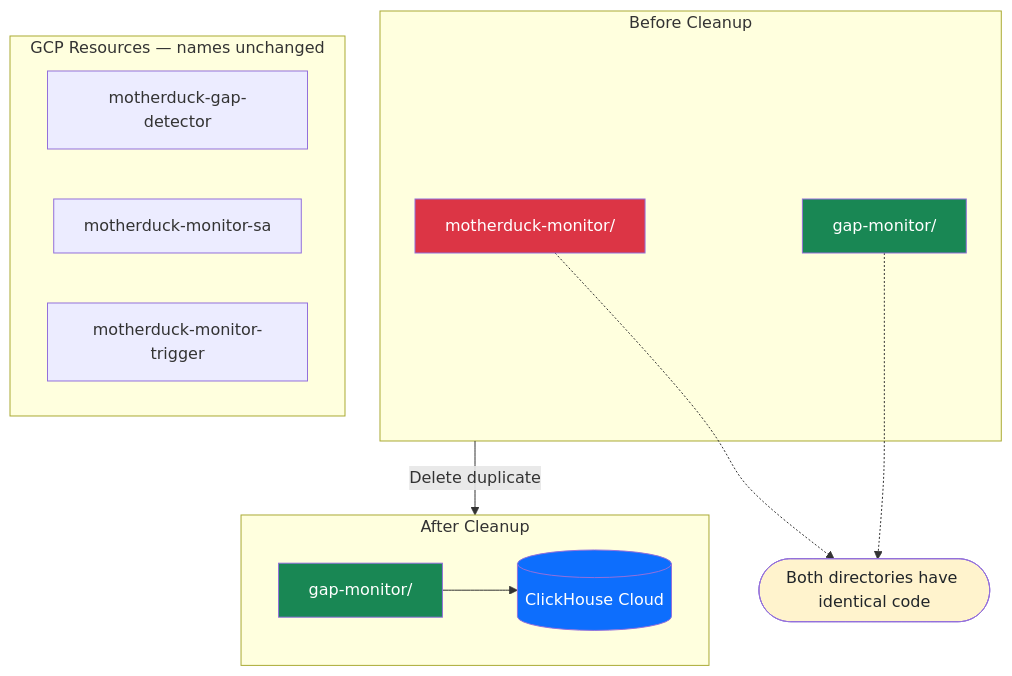
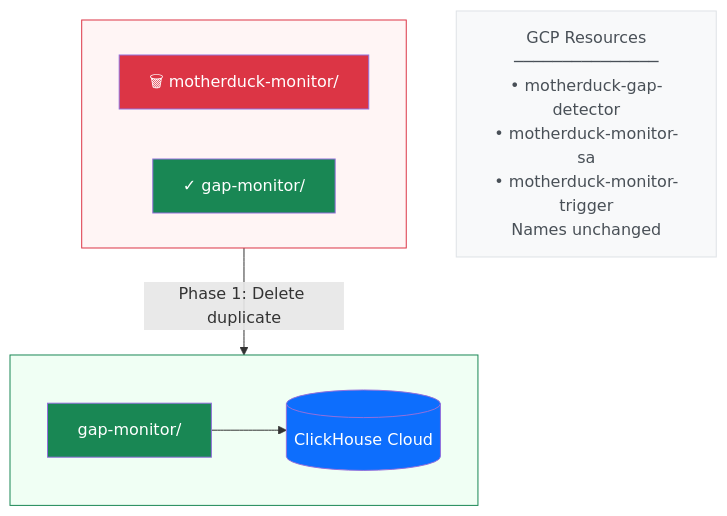
Before and after one commit to terrylica/gapless-network-data: the diagram in docs/adr/2025-11-29-motherduck-clickhouse-cleanup.md, drawn with Mermaid.

Commit message:
style: improve mermaid diagram layout and readability
- Vertical TB flow for narrow GitHub width
- Colored subgraph backgrounds (pink before, green after)
- Emojis for visual context (🗑 delete, ✓ keep)
- GCP resources as standalone info box
- No text overlapping or truncation

Verified with local mermaid-cli rendering

````diff
--- a/docs/adr/2025-11-29-motherduck-clickhouse-cleanup.md
+++ b/docs/adr/2025-11-29-motherduck-clickhouse-cleanup.md
@@ -61,32 +61,25 @@
 ```mermaid
 flowchart TB
-    subgraph before["Before Cleanup"]
-        MD["motherduck-monitor/"]
-        GM1["gap-monitor/"]
+    subgraph BEFORE[" "]
+        MD["🗑 motherduck-monitor/"]
+        GM1["✓ gap-monitor/"]
     end
 
-    DUP(["Both directories have identical code"])
-    MD -.-> DUP
-    GM1 -.-> DUP
+    BEFORE -->|"Phase 1: Delete duplicate"| AFTER
 
-    subgraph after["After Cleanup"]
+    subgraph AFTER[" "]
         GM2["gap-monitor/"]
         CH[("ClickHouse Cloud")]
+        GM2 --> CH
     end
 
-    GM2 --> CH
-
-    subgraph gcp["GCP Resources — names unchanged"]
-        CF["motherduck-gap-detector"]
-        SA["motherduck-monitor-sa"]
-        SCH["motherduck-monitor-trigger"]
-    end
-
-    before -->|"Delete duplicate"| after
+    GCP["GCP Resources<br/>───────────────<br/>• motherduck-gap-detector<br/>• motherduck-monitor-sa<br/>• motherduck-monitor-trigger<br/>Names unchanged"]
 
     style MD fill:#dc3545,color:#fff
     style GM1 fill:#198754,color:#fff
     style GM2 fill:#198754,color:#fff
     style CH fill:#0d6efd,color:#fff
-    style DUP fill:#fff3cd,color:#212529
+    style GCP fill:#f8f9fa,color:#495057,stroke:#dee2e6
+    style BEFORE fill:#fff5f5,stroke:#dc3545
+    style AFTER fill:#f0fff4,stroke:#198754
 ```
````
